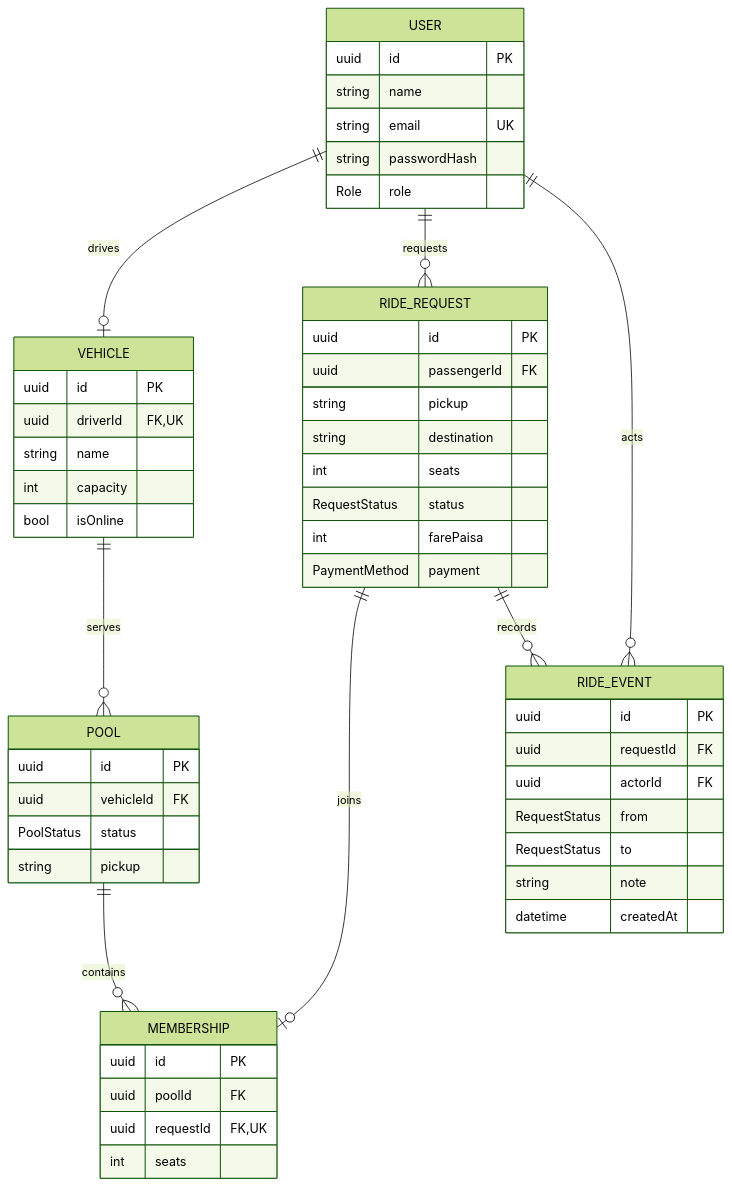
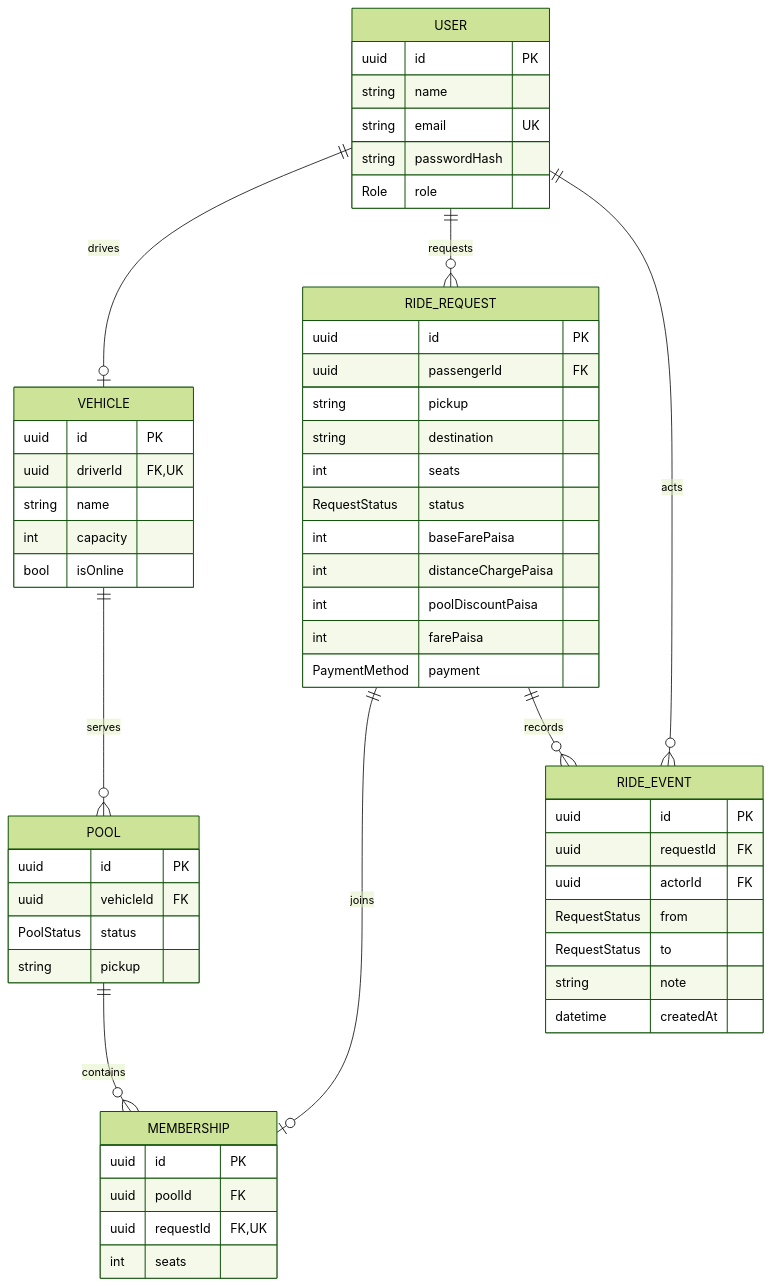
One commit to Dipta04/DhakaTesla changed the second of 2 diagrams in docs/diagrams.md. Above: the diagram before and after it, drawn with Mermaid (forest theme). The commit also changed 2 other files, not shown here.

Commit message:
docs(fare): explain booking totals and discount timing

````diff
--- a/docs/diagrams.md
+++ b/docs/diagrams.md
@@ -21,55 +21,58 @@
 ```mermaid
 erDiagram
   USER ||--o| VEHICLE : drives
   USER ||--o{ RIDE_REQUEST : requests
   USER ||--o{ RIDE_EVENT : acts
   VEHICLE ||--o{ POOL : serves
   POOL ||--o{ MEMBERSHIP : contains
   RIDE_REQUEST ||--o| MEMBERSHIP : joins
   RIDE_REQUEST ||--o{ RIDE_EVENT : records
   USER {
     uuid id PK
     string name
     string email UK
     string passwordHash
     Role role
   }
   VEHICLE {
     uuid id PK
     uuid driverId FK,UK
     string name
     int capacity
     bool isOnline
   }
   RIDE_REQUEST {
     uuid id PK
     uuid passengerId FK
     string pickup
     string destination
     int seats
     RequestStatus status
+    int baseFarePaisa
+    int distanceChargePaisa
+    int poolDiscountPaisa
     int farePaisa
     PaymentMethod payment
   }
   POOL {
     uuid id PK
     uuid vehicleId FK
     PoolStatus status
     string pickup
   }
   MEMBERSHIP {
     uuid id PK
     uuid poolId FK
     uuid requestId FK,UK
     int seats
   }
   RIDE_EVENT {
     uuid id PK
     uuid requestId FK
     uuid actorId FK
     RequestStatus from
     RequestStatus to
     string note
     datetime createdAt
   }
 ```
````
